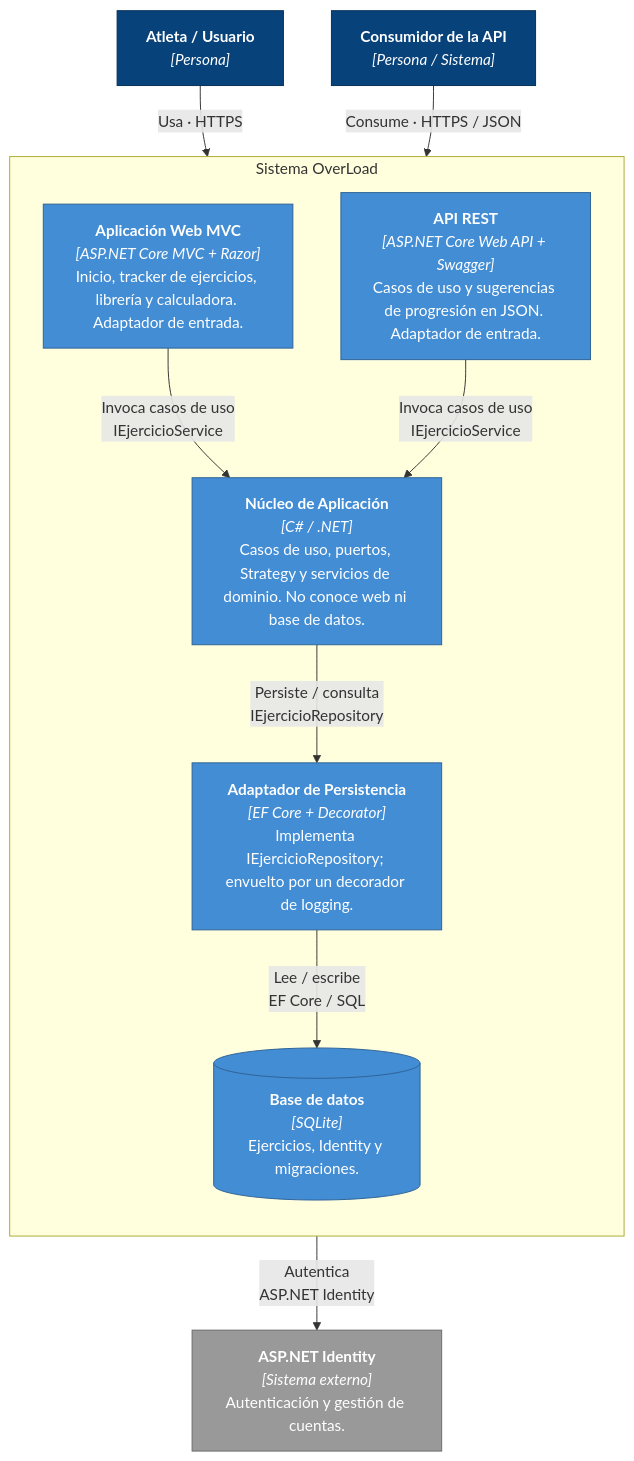
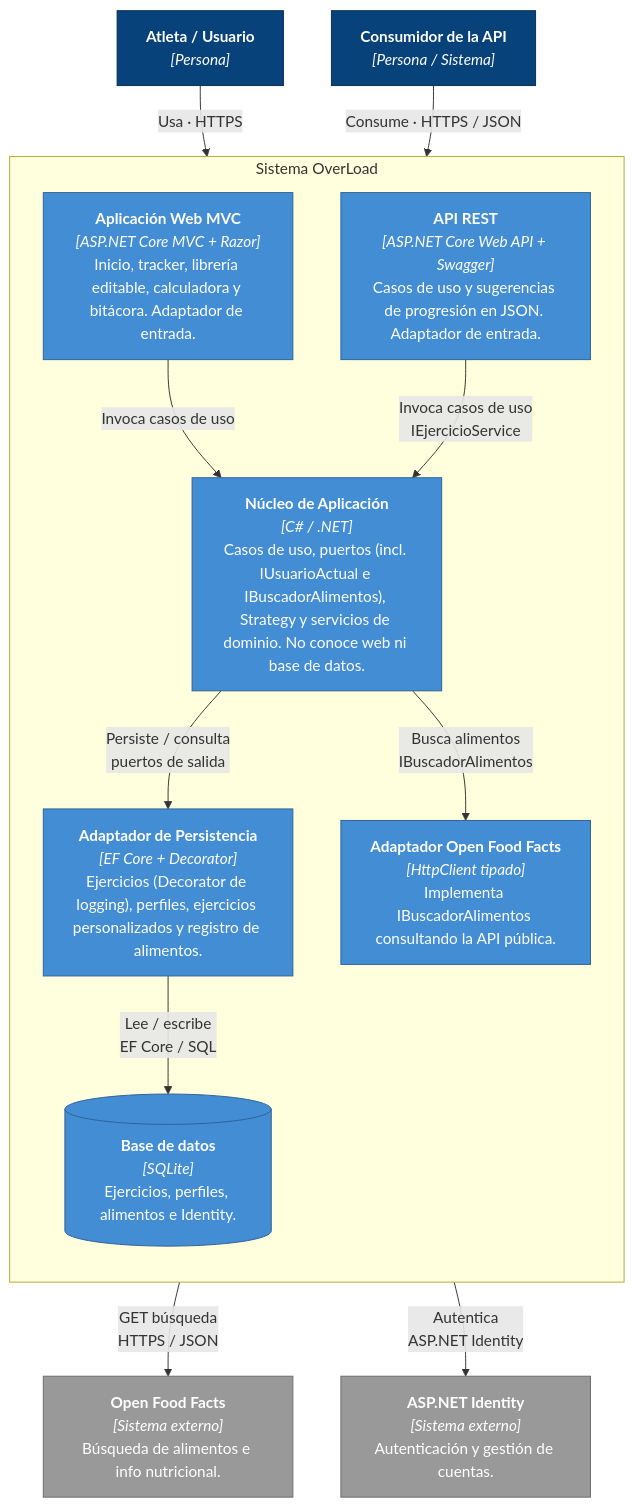
The second of 3 diagrams in docs/c4/C4-Modelo.md (Josspoot/OverLoad), drawn with Mermaid before and after one commit. The commit also changed other lines of this file, not shown here.

Commit message:
docs(c4): actualizar diagramas con Bitacora, Open Food Facts y modo por usuario

````diff
--- a/docs/c4/C4-Modelo.md
+++ b/docs/c4/C4-Modelo.md
@@ -61,30 +64,34 @@
 ```mermaid
 flowchart TB
     atleta["<b>Atleta / Usuario</b><br/><i>[Persona]</i>"]
     clienteApi["<b>Consumidor de la API</b><br/><i>[Persona / Sistema]</i>"]
     identity["<b>ASP.NET Identity</b><br/><i>[Sistema externo]</i><br/>Autenticación y gestión de cuentas."]
+    off["<b>Open Food Facts</b><br/><i>[Sistema externo]</i><br/>Búsqueda de alimentos e info nutricional."]
 
     subgraph overload["Sistema OverLoad"]
         direction TB
-        web["<b>Aplicación Web MVC</b><br/><i>[ASP.NET Core MVC + Razor]</i><br/>Inicio, tracker de ejercicios, librería y calculadora. Adaptador de entrada."]
+        web["<b>Aplicación Web MVC</b><br/><i>[ASP.NET Core MVC + Razor]</i><br/>Inicio, tracker, librería editable, calculadora y bitácora. Adaptador de entrada."]
         api["<b>API REST</b><br/><i>[ASP.NET Core Web API + Swagger]</i><br/>Casos de uso y sugerencias de progresión en JSON. Adaptador de entrada."]
-        nucleo["<b>Núcleo de Aplicación</b><br/><i>[C# / .NET]</i><br/>Casos de uso, puertos, Strategy y servicios de dominio. No conoce web ni base de datos."]
-        persistencia["<b>Adaptador de Persistencia</b><br/><i>[EF Core + Decorator]</i><br/>Implementa IEjercicioRepository; envuelto por un decorador de logging."]
-        db[("<b>Base de datos</b><br/><i>[SQLite]</i><br/>Ejercicios, Identity y migraciones.")]
+        nucleo["<b>Núcleo de Aplicación</b><br/><i>[C# / .NET]</i><br/>Casos de uso, puertos (incl. IUsuarioActual e IBuscadorAlimentos), Strategy y servicios de dominio. No conoce web ni base de datos."]
+        persistencia["<b>Adaptador de Persistencia</b><br/><i>[EF Core + Decorator]</i><br/>Ejercicios (Decorator de logging), perfiles, ejercicios personalizados y registro de alimentos."]
+        offClient["<b>Adaptador Open Food Facts</b><br/><i>[HttpClient tipado]</i><br/>Implementa IBuscadorAlimentos consultando la API pública."]
+        db[("<b>Base de datos</b><br/><i>[SQLite]</i><br/>Ejercicios, perfiles, alimentos e Identity.")]
     end
 
     atleta -->|"Usa · HTTPS"| web
     clienteApi -->|"Consume · HTTPS / JSON"| api
-    web -->|"Invoca casos de uso<br/>IEjercicioService"| nucleo
+    web -->|"Invoca casos de uso"| nucleo
     api -->|"Invoca casos de uso<br/>IEjercicioService"| nucleo
-    nucleo -->|"Persiste / consulta<br/>IEjercicioRepository"| persistencia
+    nucleo -->|"Persiste / consulta<br/>puertos de salida"| persistencia
+    nucleo -->|"Busca alimentos<br/>IBuscadorAlimentos"| offClient
     persistencia -->|"Lee / escribe<br/>EF Core / SQL"| db
+    offClient -->|"GET búsqueda<br/>HTTPS / JSON"| off
     web -->|"Autentica<br/>ASP.NET Identity"| identity
 
     classDef persona fill:#08427b,stroke:#052e56,color:#ffffff;
     classDef externo fill:#999999,stroke:#6b6b6b,color:#ffffff;
     classDef contenedor fill:#438dd5,stroke:#2e6295,color:#ffffff;
     class atleta,clienteApi persona
-    class identity externo
-    class web,api,nucleo,persistencia,db contenedor
+    class identity,off externo
+    class web,api,nucleo,persistencia,offClient,db contenedor
 ```
````
